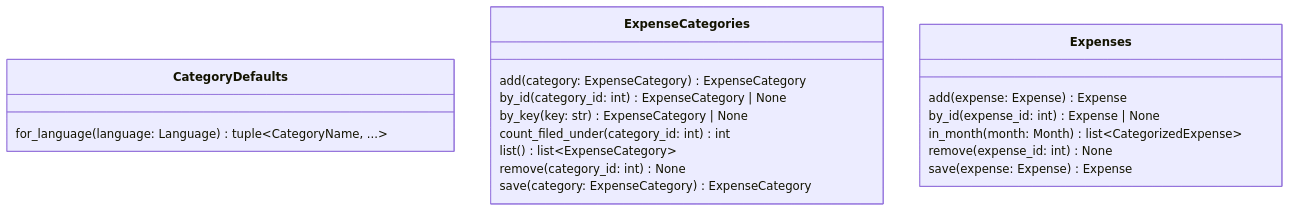
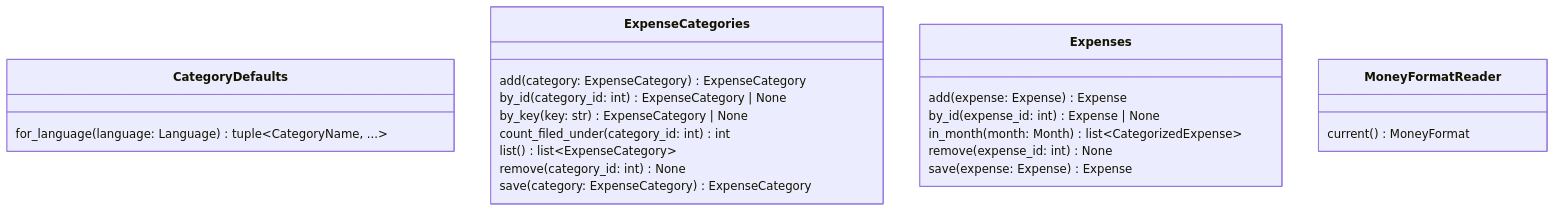
The third of 4 diagrams in docs/architecture/generated/classes/expenses.md (GonzaloZevallos/apostrophe), drawn with Mermaid before and after one commit. The commit also changed other lines of this file and 3 other files, not shown here.

Commit message:
Refresh the generated API and architecture docs for the payments and expenses money types

````diff
--- a/docs/architecture/generated/classes/expenses.md
+++ b/docs/architecture/generated/classes/expenses.md
@@ -183,22 +185,25 @@
 ```mermaid
 classDiagram
   class CategoryDefaults {
     for_language(language: Language) tuple~CategoryName, ...~
   }
   class ExpenseCategories {
     add(category: ExpenseCategory) ExpenseCategory
     by_id(category_id: int) ExpenseCategory #124; None
     by_key(key: str) ExpenseCategory #124; None
     count_filed_under(category_id: int) int
     list() list~ExpenseCategory~
     remove(category_id: int) None
     save(category: ExpenseCategory) ExpenseCategory
   }
   class Expenses {
     add(expense: Expense) Expense
     by_id(expense_id: int) Expense #124; None
     in_month(month: Month) list~CategorizedExpense~
     remove(expense_id: int) None
     save(expense: Expense) Expense
   }
+  class MoneyFormatReader {
+    current() MoneyFormat
+  }
 ```
````
